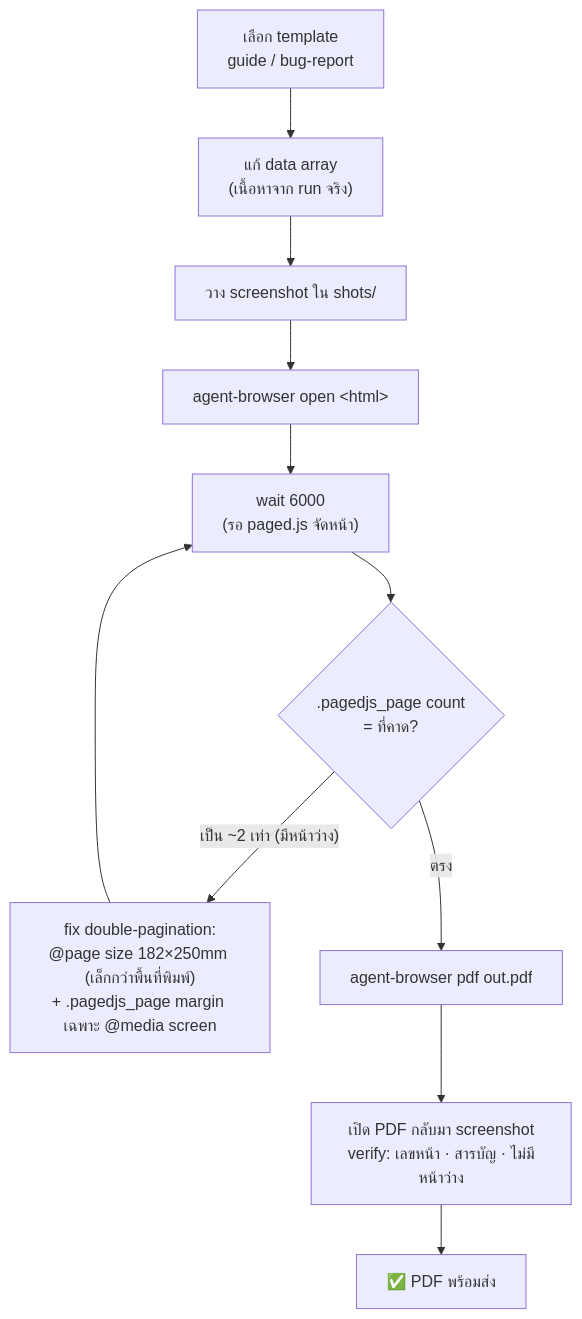
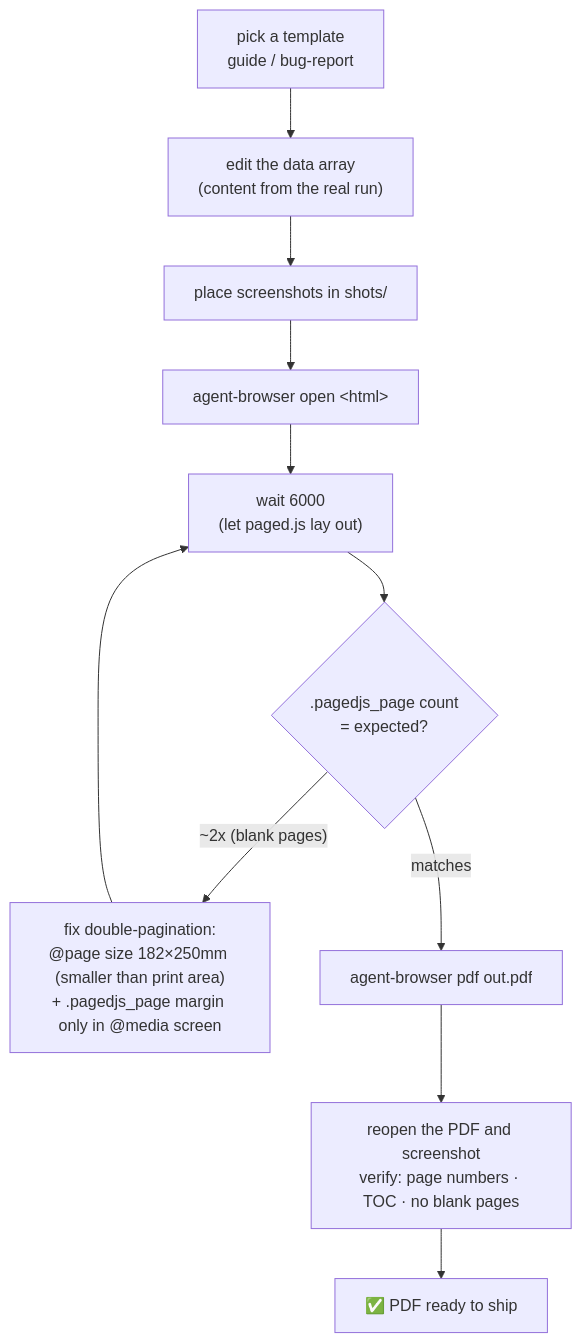
One commit to wichtking/agent-browser-qa changed the fourth of 5 diagrams in docs/ARCHITECTURE.md. Above: the diagram before and after it, drawn with Mermaid. The commit also changed other lines of this file and 6 other files, not shown here.

````diff
--- a/docs/ARCHITECTURE.md
+++ b/docs/ARCHITECTURE.md
@@ -90,13 +92,13 @@
 ```mermaid
 flowchart TD
-    t["เลือก template<br/>guide / bug-report"] --> ed["แก้ data array<br/>(เนื้อหาจาก run จริง)"]
-    ed --> sh["วาง screenshot ใน shots/"]
+    t["pick a template<br/>guide / bug-report"] --> ed["edit the data array<br/>(content from the real run)"]
+    ed --> sh["place screenshots in shots/"]
     sh --> op["agent-browser open &lt;html&gt;"]
-    op --> wt["wait 6000<br/>(รอ paged.js จัดหน้า)"]
-    wt --> ck{".pagedjs_page count<br/>= ที่คาด?"}
-    ck -->|"เป็น ~2 เท่า (มีหน้าว่าง)"| fx["fix double-pagination:<br/>@page size 182×250mm (เล็กกว่าพื้นที่พิมพ์)<br/>+ .pagedjs_page margin เฉพาะ @media screen"]
+    op --> wt["wait 6000<br/>(let paged.js lay out)"]
+    wt --> ck{".pagedjs_page count<br/>= expected?"}
+    ck -->|"~2x (blank pages)"| fx["fix double-pagination:<br/>@page size 182×250mm (smaller than print area)<br/>+ .pagedjs_page margin only in @media screen"]
     fx --> wt
-    ck -->|ตรง| pd["agent-browser pdf out.pdf"]
-    pd --> vf["เปิด PDF กลับมา screenshot<br/>verify: เลขหน้า · สารบัญ · ไม่มีหน้าว่าง"]
-    vf --> done["✅ PDF พร้อมส่ง"]
+    ck -->|matches| pd["agent-browser pdf out.pdf"]
+    pd --> vf["reopen the PDF and screenshot<br/>verify: page numbers · TOC · no blank pages"]
+    vf --> done["✅ PDF ready to ship"]
 ```
````
